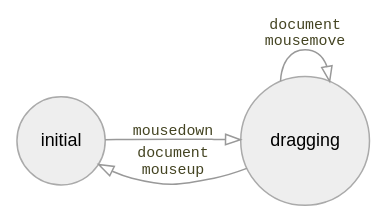
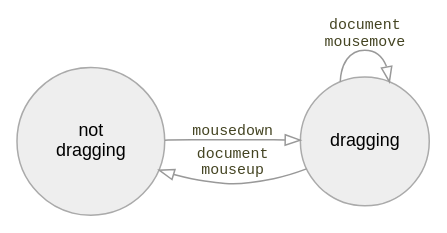
Before and after one commit to redblobgames/making-of-draggable: the third of 7 diagrams in index.org, drawn with Graphviz. The commit also changed other lines of this file and 2 other files, not shown here.

Commit message:
Feat: improve diagrams

```diff
--- a/index.org
+++ b/index.org
@@ -98,11 +98,11 @@
 #+begin_src dot :file build/mouse-document.svg :exports results
 digraph {
     node [fontname=Helvetica, fontsize=12, shape=circle, style=filled, color="#aaaaaa", fillcolor="#eeeeee"];
     edge [fontname=Courier, fontsize=10, fontcolor="#444422", color="#999999", fillcolor="#ffffff"];
     
     rankdir=LR;
-    initial -> dragging [label = "mousedown"];
+    "not\ndragging" -> dragging [label = "mousedown"];
     dragging -> dragging [label = "document\nmousemove"];
-    dragging -> initial [label = "document\nmouseup"];
+    dragging -> "not\ndragging" [label = "document\nmouseup"];
 }
 #+end_src
```
